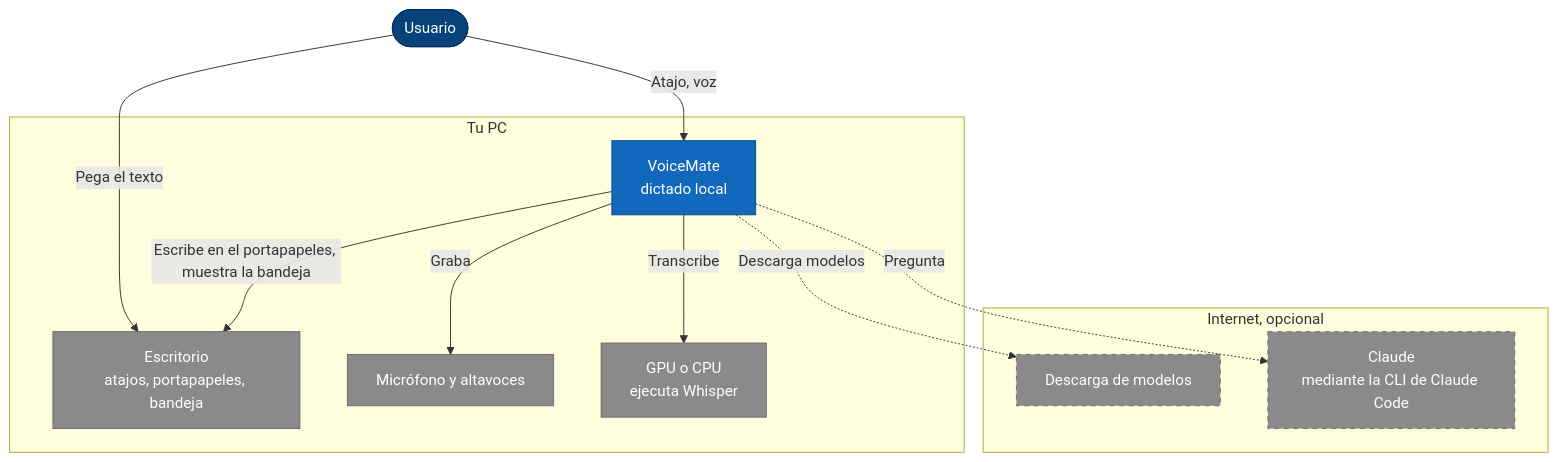
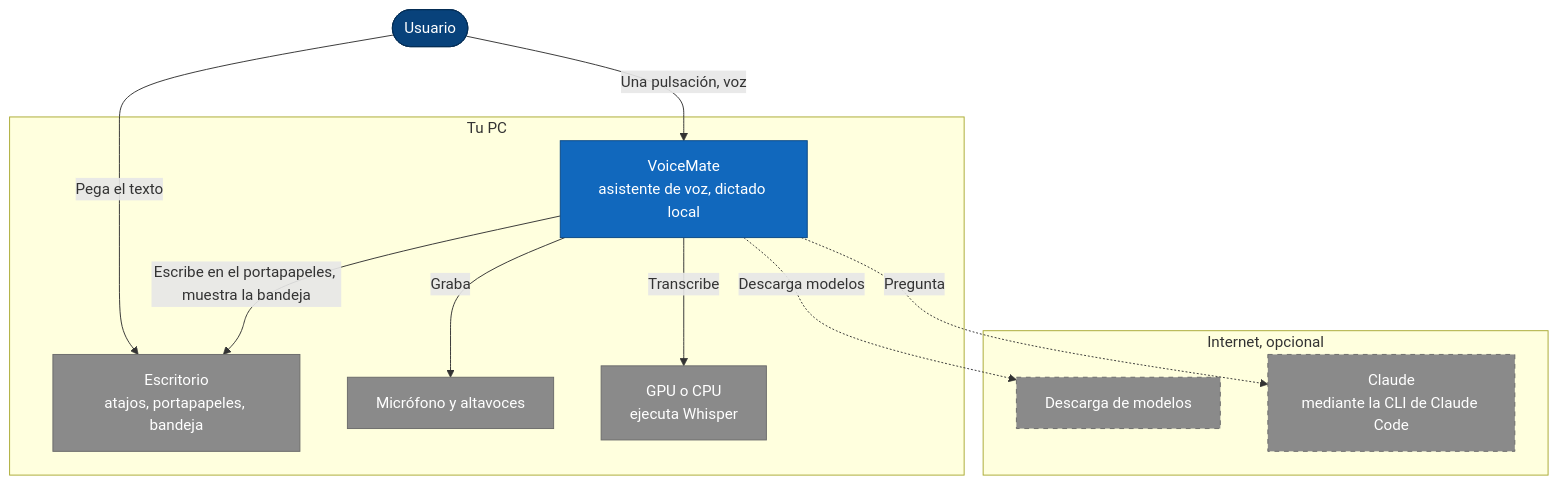
Before and after one commit to nano-br/voice-mate: the first of 6 diagrams in README.es.md, drawn with Mermaid. The commit also changed other lines of this file and 29 other files, not shown here.

````diff
--- a/README.es.md
+++ b/README.es.md
@@ -212,36 +221,36 @@
 ```mermaid
 flowchart TB
     user(["Usuario"])
     subgraph pc["Tu PC"]
-        vm["VoiceMate<br/>dictado local"]
+        vm["VoiceMate<br/>asistente de voz, dictado local"]
         desk["Escritorio<br/>atajos, portapapeles, bandeja"]
         audio["Micrófono y altavoces"]
         gpu["GPU o CPU<br/>ejecuta Whisper"]
     end
     subgraph net["Internet, opcional"]
         hub["Descarga de modelos"]
         claude["Claude<br/>mediante la CLI de Claude Code"]
     end
-    user -->|"Atajo, voz"| vm
+    user -->|"Una pulsación, voz"| vm
     user -->|"Pega el texto"| desk
     vm -->|"Escribe en el portapapeles, muestra la bandeja"| desk
     vm -->|"Graba"| audio
     vm -->|"Transcribe"| gpu
     vm -.->|"Descarga modelos"| hub
     vm -.->|"Pregunta"| claude
 
     classDef person fill:#08427b,stroke:#052e56,color:#ffffff
     classDef system fill:#1168bd,stroke:#0b4884,color:#ffffff
     classDef container fill:#438dd5,stroke:#2e6295,color:#ffffff
     classDef component fill:#85bbf0,stroke:#5d82a8,color:#000000
     classDef store fill:#00838f,stroke:#005f66,color:#ffffff
     classDef external fill:#8a8a8a,stroke:#6b6b6b,color:#ffffff
     classDef optional fill:#8a8a8a,stroke:#6b6b6b,color:#ffffff,stroke-dasharray:5 5
     classDef ok fill:#2e7d32,stroke:#1b5e20,color:#ffffff
     classDef warn fill:#f9a825,stroke:#c17900,color:#000000
     classDef bad fill:#c0392b,stroke:#922b21,color:#ffffff
     class user person
     class vm system
     class desk,audio,gpu external
     class hub,claude optional
 ```
````
